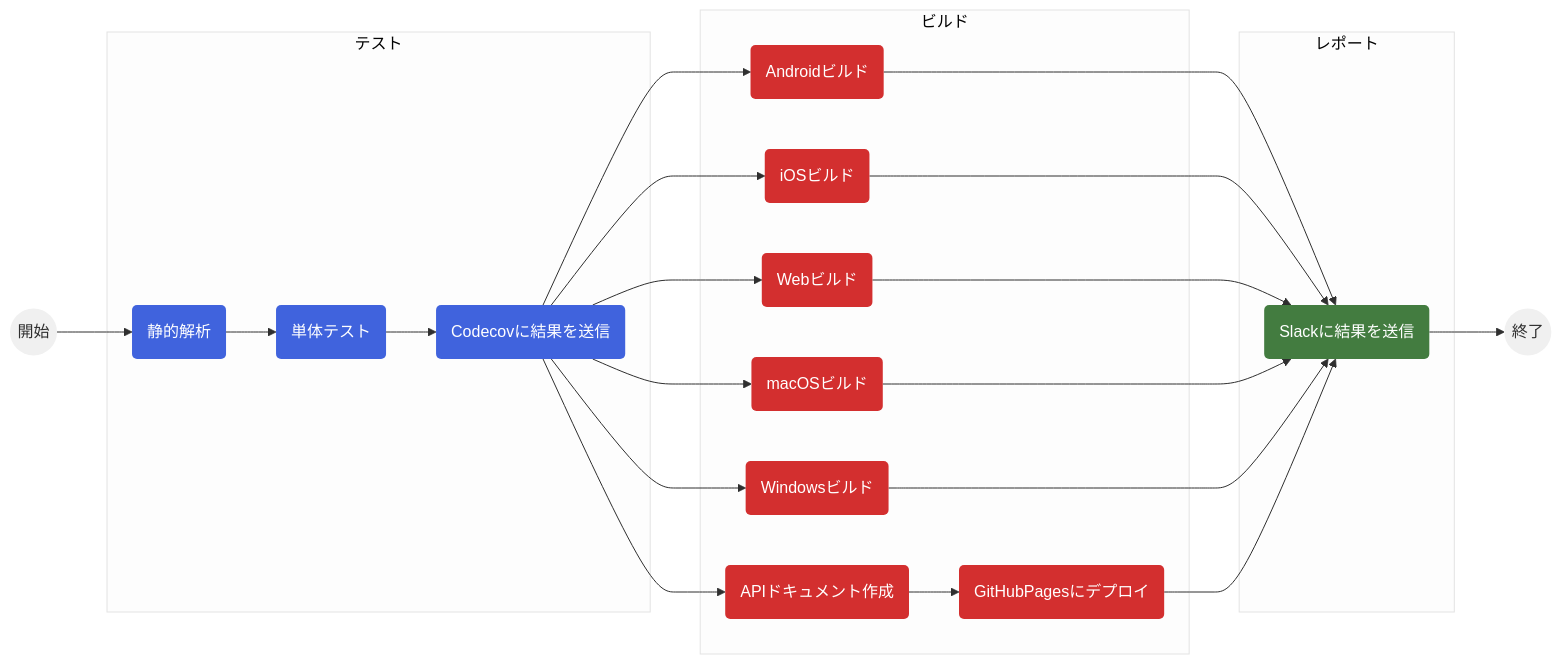
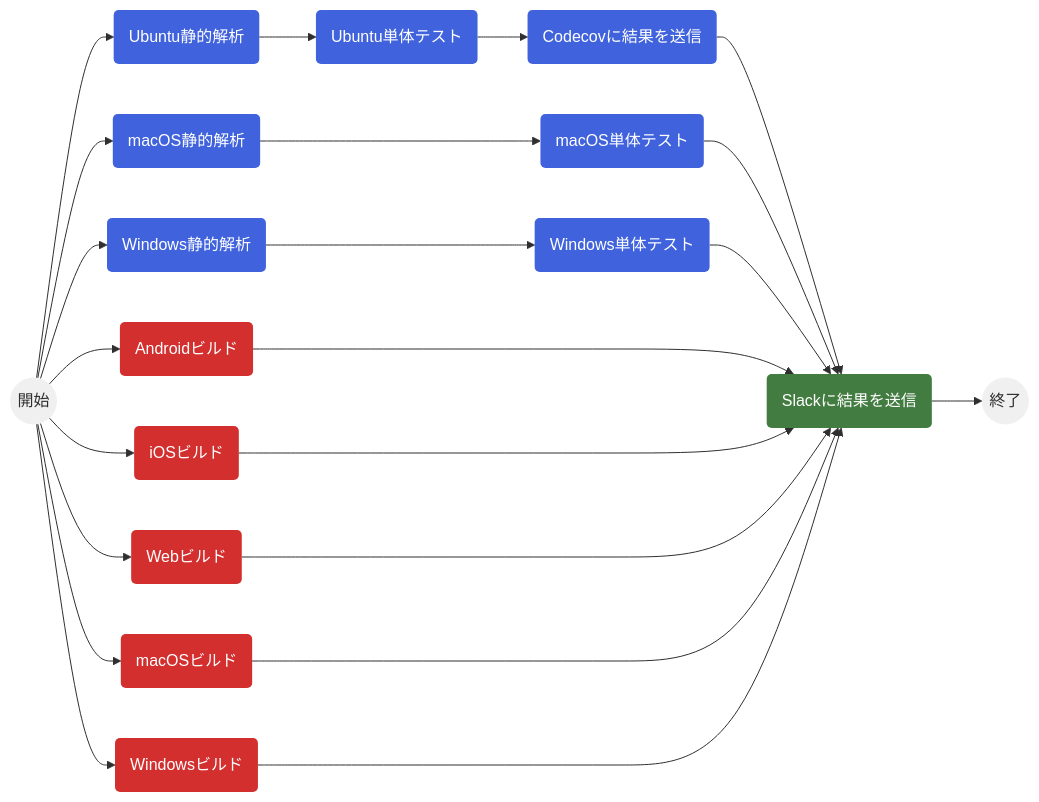
Before and after one commit to susatthi/github-search: the second of 2 diagrams in README.md, drawn with Mermaid. The commit also changed other lines of this file and 2 other files, not shown here.

````diff
--- a/README.md
+++ b/README.md
@@ -302,36 +409,35 @@
 ```mermaid
 %%{init:{'theme':'base','themeVariables':{'primaryColor':'#f0f0f0','primaryTextColor':'#2f2f2f', 'lineColor':'#2f2f2f','textColor':'#2f2f2f','fontSize':'16px','nodeBorder':'0px'}}}%%
 flowchart LR
-    Start((開始)) --> Analyze(静的解析)
-    subgraph テスト
-    Analyze --> Test(単体テスト)
-    Test --> UploadCoverage(Codecovに結果を送信)
-    end
-    subgraph ビルド
-    UploadCoverage --> BuildAndroid(Androidビルド)
-    UploadCoverage --> BuildiOS(iOSビルド)
-    UploadCoverage --> BuildWeb(Webビルド)
-    UploadCoverage --> BuildMacOS(macOSビルド)
-    UploadCoverage --> BuildWindows(Windowsビルド)
-    UploadCoverage --> CreateApiDoc(APIドキュメント作成)
-    CreateApiDoc --> DeployGitHubPages(GitHubPagesにデプロイ)
-    end
-    subgraph レポート
-    BuildAndroid ---> NotifySlack(Slackに結果を送信)
-    BuildiOS ---> NotifySlack
-    BuildWeb ---> NotifySlack
-    BuildMacOS ---> NotifySlack
-    BuildWindows ---> NotifySlack
-    DeployGitHubPages --> NotifySlack
-    end
+    Start((開始)) --> AnalyzeUbuntu(Ubuntu静的解析)
+    Start --> AnalyzeMacos(macOS静的解析)
+    Start --> AnalyzeWindows(Windows静的解析)
+    Start --> BuildAndroid(Androidビルド)
+    Start --> BuildiOS(iOSビルド)
+    Start --> BuildWeb(Webビルド)
+    Start --> BuildMacOS(macOSビルド)
+    Start --> BuildWindows(Windowsビルド)
+
+    AnalyzeUbuntu --> TestUbuntu(Ubuntu単体テスト)
+    TestUbuntu --> UploadCoverageUbuntu(Codecovに結果を送信)
+    AnalyzeMacos ---> TestMacos(macOS単体テスト)
+    AnalyzeWindows ---> TestWindows(Windows単体テスト)
+    UploadCoverageUbuntu --> NotifySlack(Slackに結果を送信)
+    TestMacos --> NotifySlack
+    TestWindows --> NotifySlack
+    BuildAndroid ----> NotifySlack
+    BuildiOS ----> NotifySlack
+    BuildWeb ----> NotifySlack
+    BuildMacOS ----> NotifySlack
+    BuildWindows ----> NotifySlack
     NotifySlack --> End((終了))
 
     classDef anchor fill:#4063DD, color:#ffffff;
     classDef testJob fill:#4063DD, color:#ffffff;
     classDef buildJob fill:#d32f2f, color:#ffffff;
     classDef reportJob fill:#437C40, color:#ffffff;
     %% class Start,End anchor;
-    class Analyze,Test,UploadCoverage testJob;
+    class AnalyzeUbuntu,TestUbuntu,UploadCoverageUbuntu,AnalyzeMacos,TestMacos,AnalyzeWindows,TestWindows testJob;
     class BuildAndroid,BuildiOS,BuildWeb,BuildMacOS,BuildWindows,CreateApiDoc,DeployGitHubPages buildJob;
     class NotifySlack reportJob;
 ```
````
